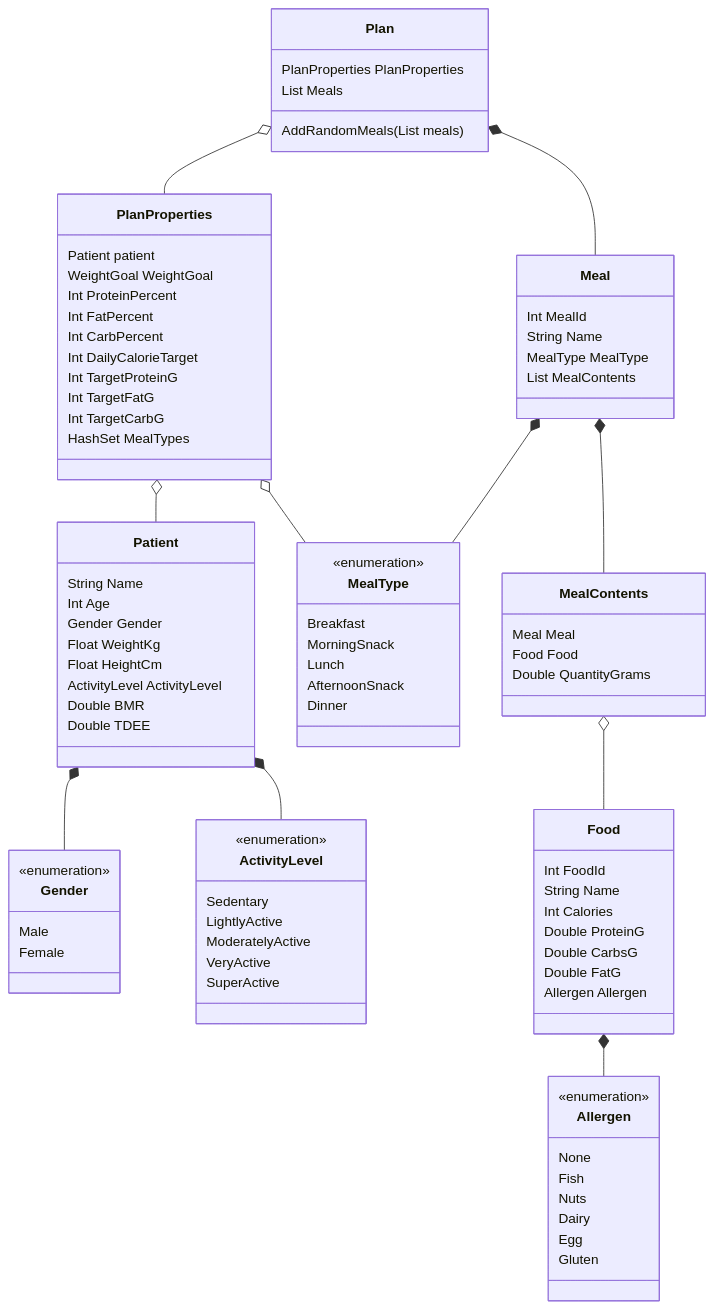
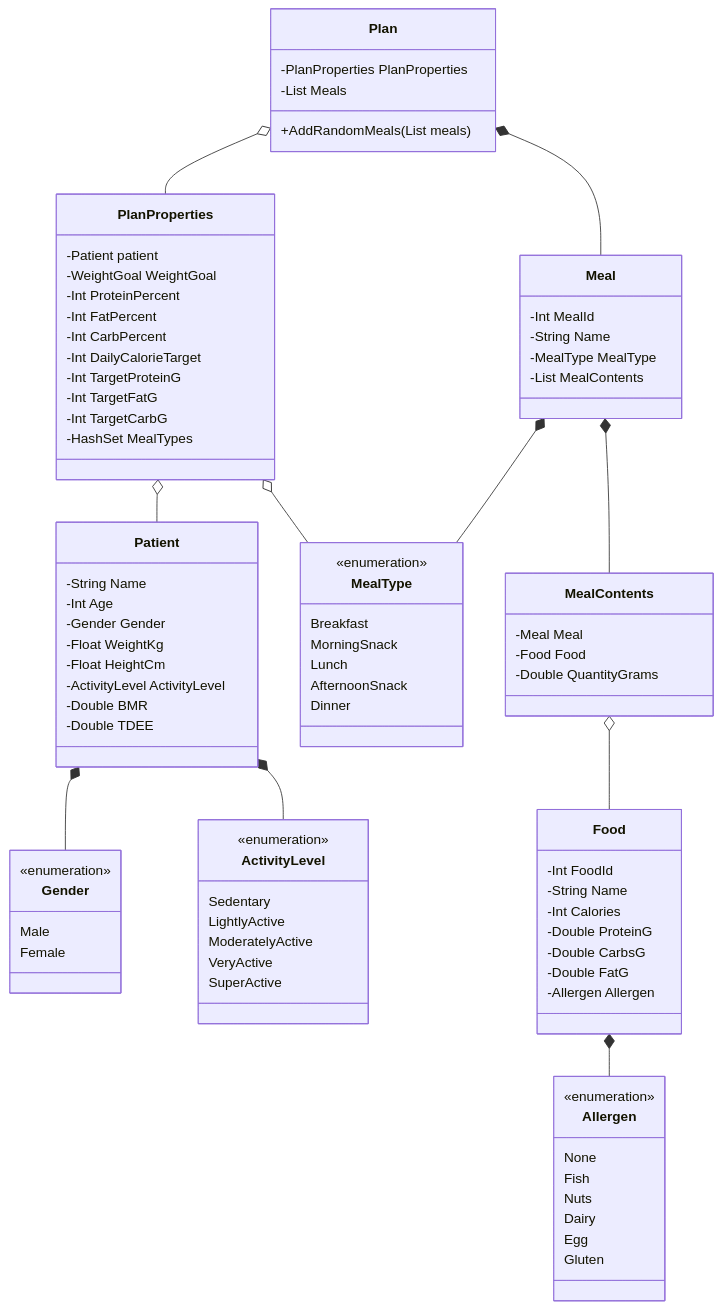
Before and after one commit to soulgeo/diet-planner: the diagram in docs/design/uml_class.md, drawn with Mermaid.

Commit message:
Class Diagram Visibility

````diff
--- a/docs/design/uml_class.md
+++ b/docs/design/uml_class.md
@@ -1,36 +1,36 @@
 ```mermaid
 classDiagram
     class Plan {
-        PlanProperties PlanProperties
-        List Meals
-        AddRandomMeals(List meals)
+        -PlanProperties PlanProperties
+        -List Meals
+        +AddRandomMeals(List meals)
     }
 
     class PlanProperties {
-        Patient patient
-        WeightGoal WeightGoal
-        Int ProteinPercent
-        Int FatPercent
-        Int CarbPercent
-        Int DailyCalorieTarget
-        Int TargetProteinG
-        Int TargetFatG
-        Int TargetCarbG
-        HashSet MealTypes
+        -Patient patient
+        -WeightGoal WeightGoal
+        -Int ProteinPercent
+        -Int FatPercent
+        -Int CarbPercent
+        -Int DailyCalorieTarget
+        -Int TargetProteinG
+        -Int TargetFatG
+        -Int TargetCarbG
+        -HashSet MealTypes
     }
     
     Plan o-- PlanProperties
     Plan *-- Meal
     
     class Patient {
-        String Name
-        Int Age
-        Gender Gender
-        Float WeightKg
-        Float HeightCm
-        ActivityLevel ActivityLevel
-        Double BMR
-        Double TDEE
+        -String Name
+        -Int Age
+        -Gender Gender
+        -Float WeightKg
+        -Float HeightCm
+        -ActivityLevel ActivityLevel
+        -Double BMR
+        -Double TDEE
     }
 
     class Gender{
@@ -53,10 +53,10 @@
     Patient *-- ActivityLevel
 
     class Meal {
-        Int MealId
-        String Name
-        MealType MealType
-        List MealContents
+        -Int MealId
+        -String Name
+        -MealType MealType
+        -List MealContents
     }
 
     class MealType {
@@ -72,19 +72,19 @@
     PlanProperties o-- MealType
 
     class MealContents {
-        Meal Meal
-        Food Food
-        Double QuantityGrams
+        -Meal Meal
+        -Food Food
+        -Double QuantityGrams
     }
 
     class Food {
-        Int FoodId
-        String Name
-        Int Calories
-        Double ProteinG
-        Double CarbsG
-        Double FatG
-        Allergen Allergen
+        -Int FoodId
+        -String Name
+        -Int Calories
+        -Double ProteinG
+        -Double CarbsG
+        -Double FatG
+        -Allergen Allergen
     }
 
     class Allergen {
````
